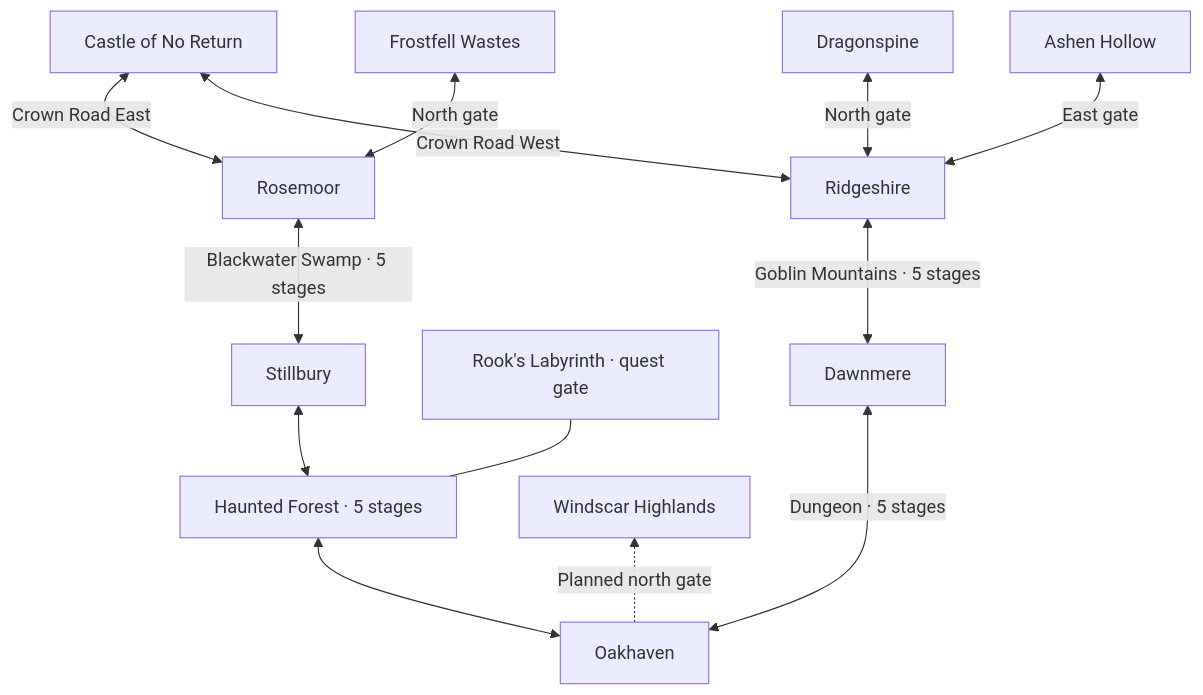
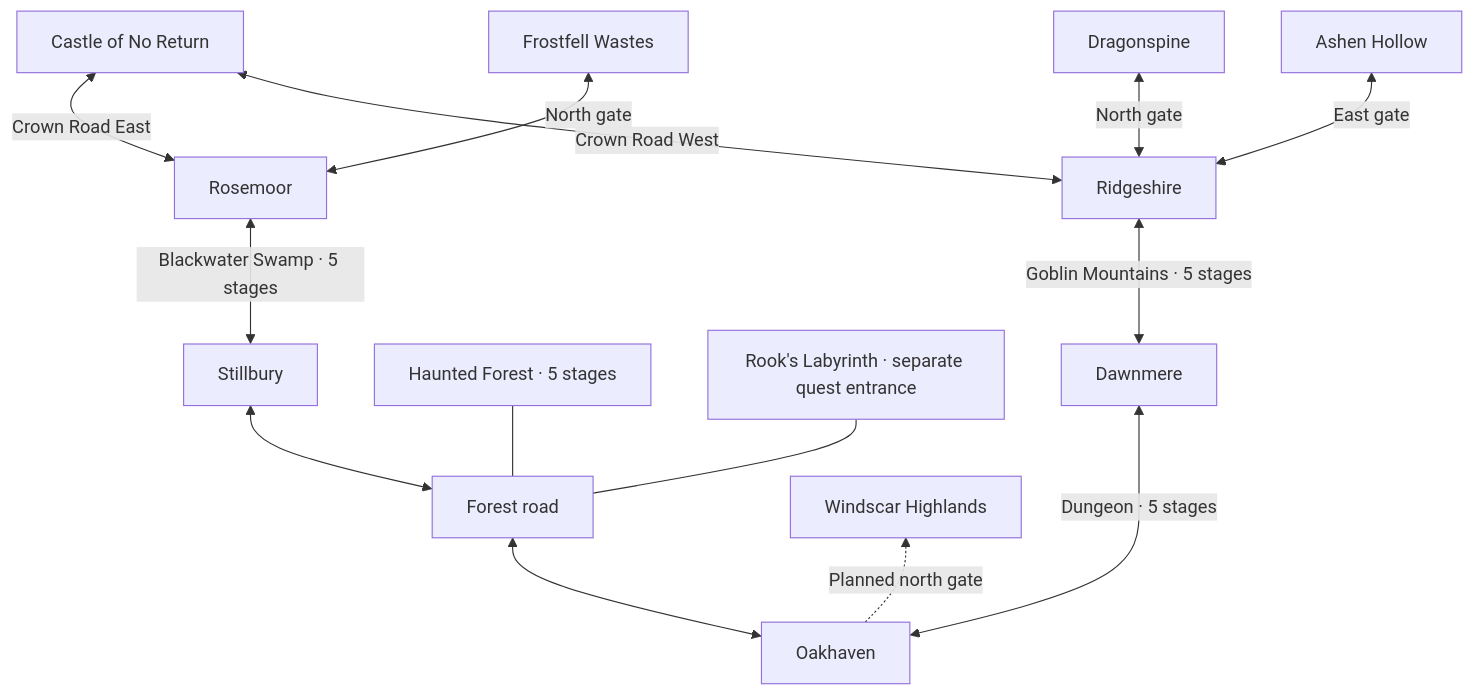
The diagram in docs/five-town-expansion.md (christsantiris/c_rpg), drawn with Mermaid before and after one commit. The commit also changed other lines of this file and 59 other files, not shown here.

````diff
--- a/docs/five-town-expansion.md
+++ b/docs/five-town-expansion.md
@@ -12,15 +12,16 @@
 ```mermaid
 flowchart BT
-    Oak[Oakhaven] <--> Forest[Haunted Forest · 5 stages]
-    Forest <--> Still[Stillbury]
-    Forest --- Maze[Rook's Labyrinth · quest gate]
+    Oak[Oakhaven] <--> Road[Forest road]
+    Road <--> Still[Stillbury]
+    Road --- Forest[Haunted Forest · 5 stages]
+    Road --- Maze[Rook's Labyrinth · separate quest entrance]
     Still <-->|Blackwater Swamp · 5 stages| Rose[Rosemoor]
     Rose <-->|Crown Road East| Castle[Castle of No Return]
     Oak <-->|Dungeon · 5 stages| Dawn[Dawnmere]
     Dawn <-->|Goblin Mountains · 5 stages| Ridge[Ridgeshire]
     Ridge <-->|Crown Road West| Castle
     Oak -.->|Planned north gate| Wind[Windscar Highlands]
     Rose <-->|North gate| Frost[Frostfell Wastes]
     Ridge <-->|North gate| Dragon[Dragonspine]
     Ridge <-->|East gate| Ashen[Ashen Hollow]
 ```
````
